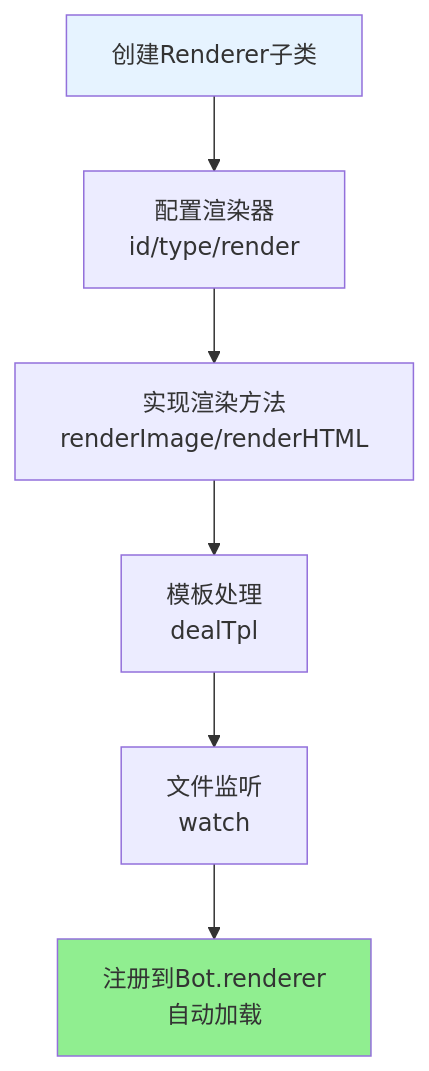
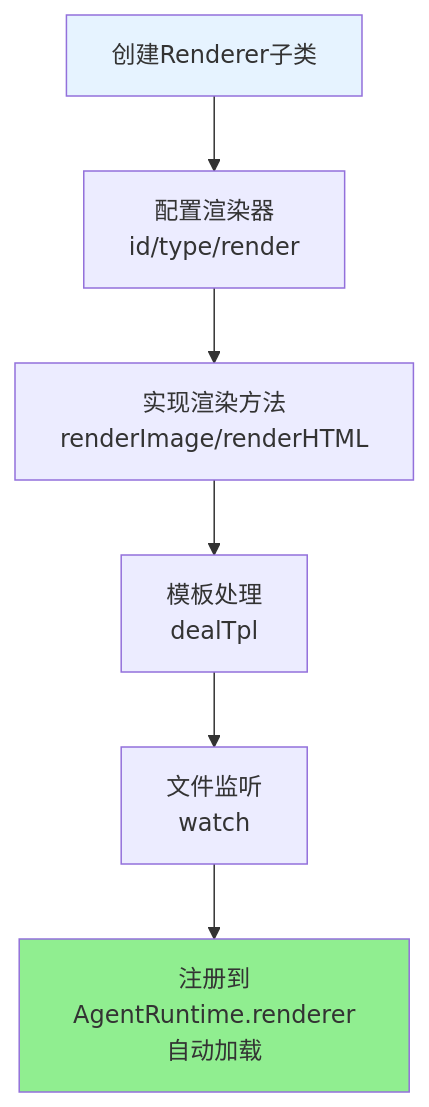
The sixth of 8 diagrams in docs/框架可扩展性指南.md (sunflowermm/XRK-AGT), drawn with Mermaid before and after one commit. The commit also changed other lines of this file and 315 other files, not shown here.

````diff
--- a/docs/框架可扩展性指南.md
+++ b/docs/框架可扩展性指南.md
@@ -556,11 +556,11 @@
 ```mermaid
 flowchart TB
     A["创建Renderer子类"] --> B["配置渲染器<br/>id/type/render"]
     B --> C["实现渲染方法<br/>renderImage/renderHTML"]
     C --> D["模板处理<br/>dealTpl"]
     D --> E["文件监听<br/>watch"]
-    E --> F["注册到Bot.renderer<br/>自动加载"]
+    E --> F["注册到AgentRuntime.renderer<br/>自动加载"]
     
     style A fill:#E6F3FF
     style F fill:#90EE90
 ```
````
